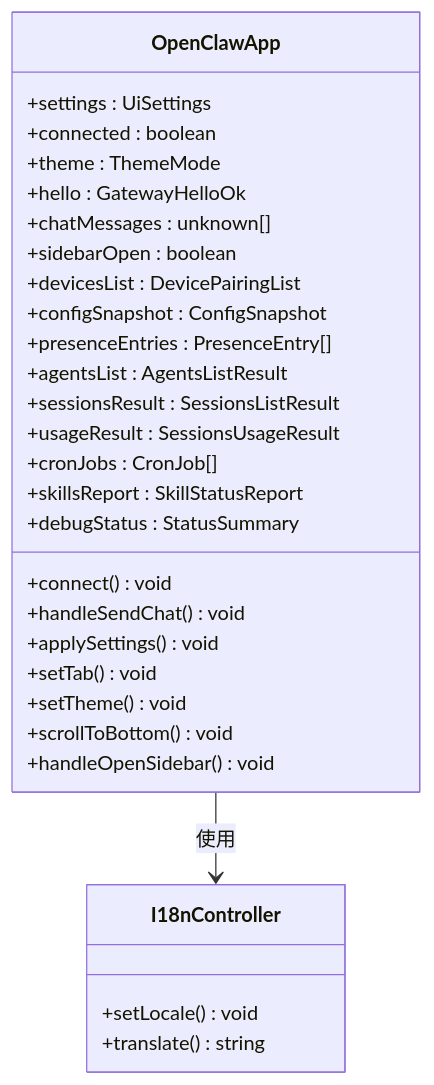
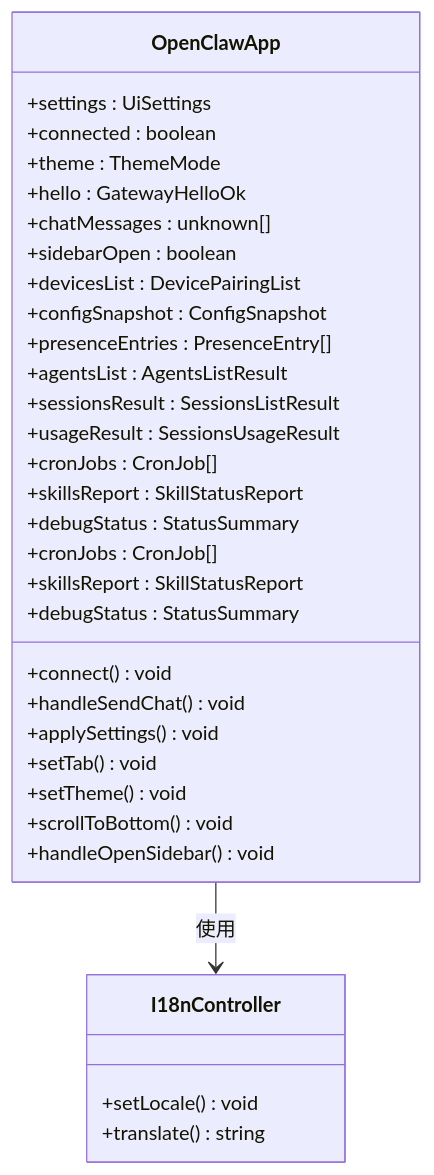
One commit to verse-ai-org/openclaw changed the second of 23 diagrams in .qoder/repowiki/zh/content/Web界面/UI组件系统/UI组件系统.md. Above: the diagram before and after it, drawn with Mermaid. The commit also changed other lines of this file and 9 other files, not shown here.

````diff
--- a/.qoder/repowiki/zh/content/Web界面/UI组件系统/UI组件系统.md
+++ b/.qoder/repowiki/zh/content/Web界面/UI组件系统/UI组件系统.md
@@ -119,32 +128,35 @@
 ```mermaid
 classDiagram
 class OpenClawApp {
 +settings : UiSettings
 +connected : boolean
 +theme : ThemeMode
 +hello : GatewayHelloOk
 +chatMessages : unknown[]
 +sidebarOpen : boolean
 +devicesList : DevicePairingList
 +configSnapshot : ConfigSnapshot
 +presenceEntries : PresenceEntry[]
 +agentsList : AgentsListResult
 +sessionsResult : SessionsListResult
 +usageResult : SessionsUsageResult
 +cronJobs : CronJob[]
 +skillsReport : SkillStatusReport
 +debugStatus : StatusSummary
++cronJobs : CronJob[]
++skillsReport : SkillStatusReport
++debugStatus : StatusSummary
 +connect() void
 +handleSendChat() void
 +applySettings() void
 +setTab() void
 +setTheme() void
 +scrollToBottom() void
 +handleOpenSidebar() void
 }
 class I18nController {
 +setLocale() void
 +translate() string
 }
 OpenClawApp --> I18nController : 使用
 ```
````
